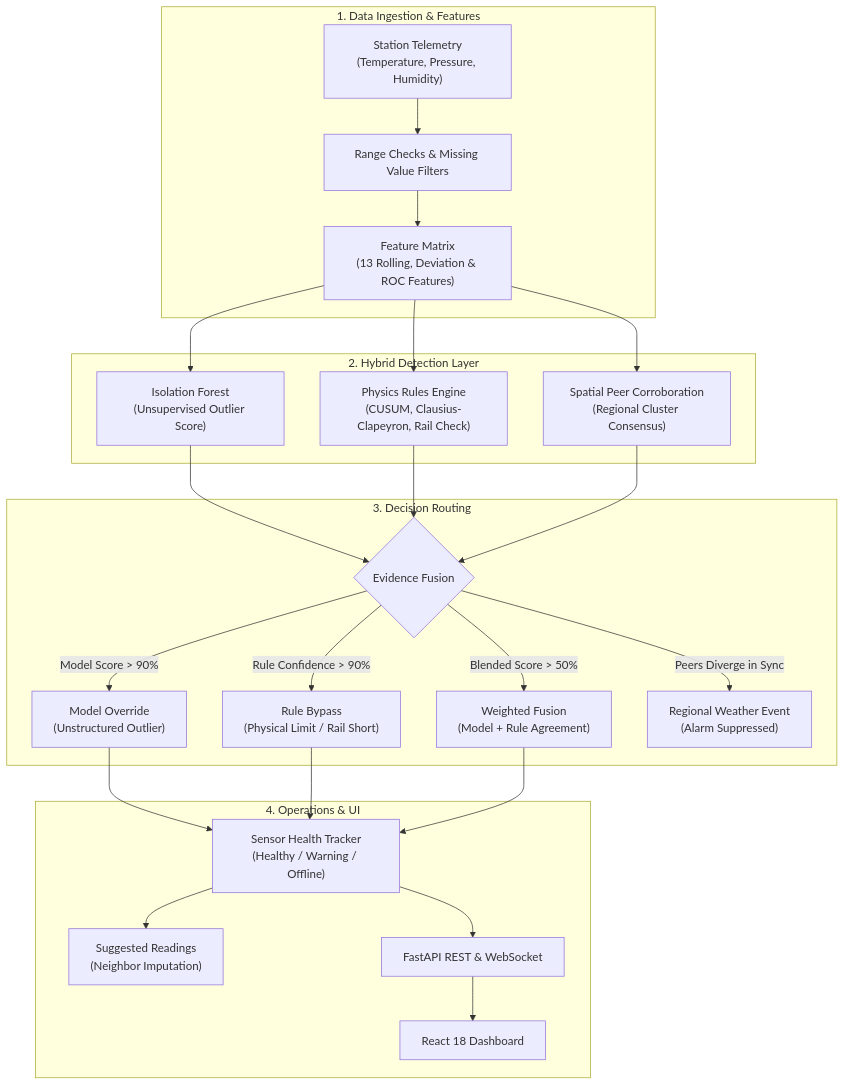
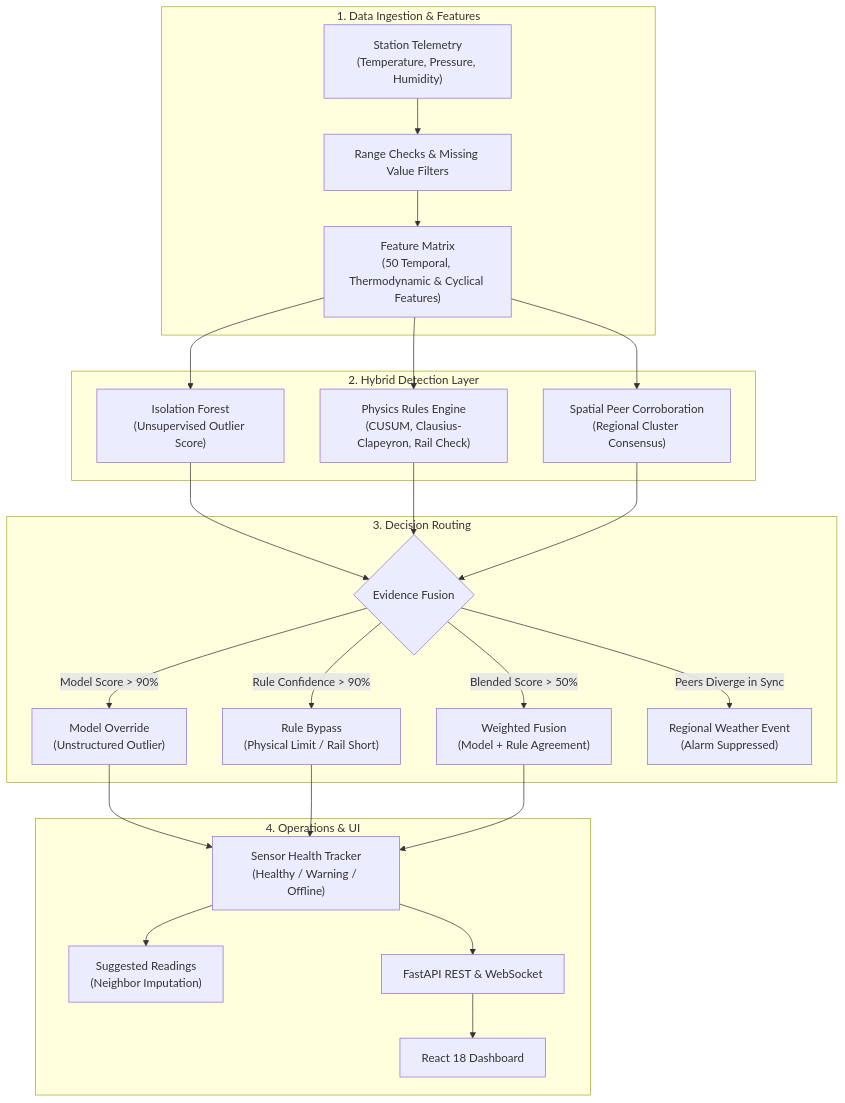
One commit to inf-pranjal-01/HELL-TO-SKY changed the first of 2 diagrams in README.md. Above: the diagram before and after it, drawn with Mermaid. The commit also changed other lines of this file and 44 other files, not shown here.

````diff
--- a/README.md
+++ b/README.md
@@ -77,32 +77,32 @@
 ```mermaid
 flowchart TD
     subgraph Ingestion ["1. Data Ingestion & Features"]
         RAW["Station Telemetry<br/>(Temperature, Pressure, Humidity)"] --> QC["Range Checks & Missing Value Filters"]
-        QC --> FEAT["Feature Matrix<br/>(13 Rolling, Deviation & ROC Features)"]
+        QC --> FEAT["Feature Matrix<br/>(50 Temporal, Thermodynamic & Cyclical Features)"]
     end
 
     subgraph Detection ["2. Hybrid Detection Layer"]
         FEAT --> IF["Isolation Forest<br/>(Unsupervised Outlier Score)"]
         FEAT --> RULES["Physics Rules Engine<br/>(CUSUM, Clausius-Clapeyron, Rail Check)"]
         FEAT --> SPATIAL["Spatial Peer Corroboration<br/>(Regional Cluster Consensus)"]
     end
 
     subgraph Fusion ["3. Decision Routing"]
         IF --> FUSE{"Evidence Fusion"}
         RULES --> FUSE
         SPATIAL --> FUSE
         FUSE -->|Model Score > 90%| MO["Model Override<br/>(Unstructured Outlier)"]
         FUSE -->|Rule Confidence > 90%| RB["Rule Bypass<br/>(Physical Limit / Rail Short)"]
         FUSE -->|Blended Score > 50%| WF["Weighted Fusion<br/>(Model + Rule Agreement)"]
         FUSE -->|Peers Diverge in Sync| REG["Regional Weather Event<br/>(Alarm Suppressed)"]
     end
 
     subgraph Output ["4. Operations & UI"]
         MO --> HEALTH["Sensor Health Tracker<br/>(Healthy / Warning / Offline)"]
         RB --> HEALTH
         WF --> HEALTH
         HEALTH --> IMP["Suggested Readings<br/>(Neighbor Imputation)"]
         HEALTH --> API["FastAPI REST & WebSocket"]
         API --> UI["React 18 Dashboard"]
     end
 ```
````
